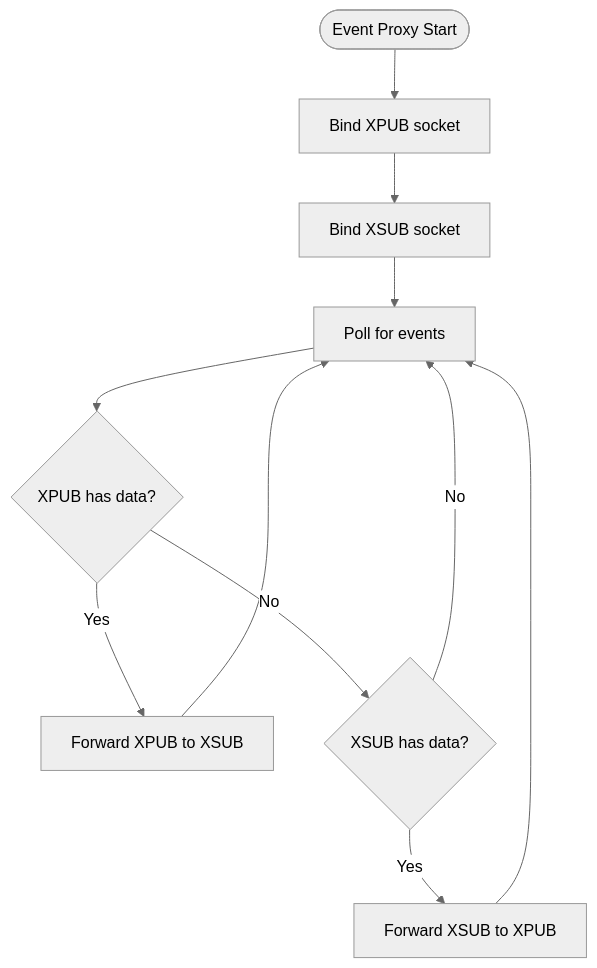
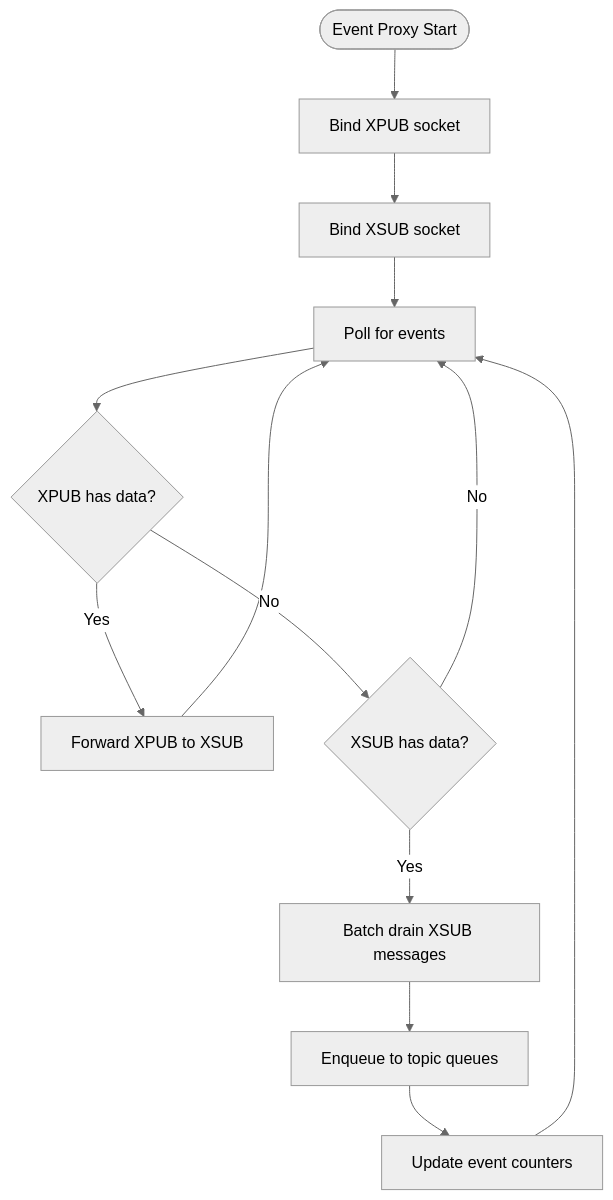
Before and after one commit to zt281/TycheEngine: the seventh of 12 diagrams in .qoder/repowiki/en/content/Core Components/TycheEngine - Central Broker.md, drawn with Mermaid (neutral theme). The commit also changed other lines of this file and 34 other files, not shown here.

````diff
--- a/.qoder/repowiki/en/content/Core Components/TycheEngine - Central Broker.md
+++ b/.qoder/repowiki/en/content/Core Components/TycheEngine - Central Broker.md
@@ -404,13 +455,15 @@
 ```mermaid
 flowchart TD
 Start([Event Proxy Start]) --> BindXPUB["Bind XPUB socket"]
 BindXPUB --> BindXSUB["Bind XSUB socket"]
 BindXSUB --> PollLoop["Poll for events"]
 PollLoop --> CheckXPUB{"XPUB has data?"}
 CheckXPUB --> |Yes| ForwardXPUB["Forward XPUB to XSUB"]
 CheckXPUB --> |No| CheckXSUB{"XSUB has data?"}
-CheckXSUB --> |Yes| ForwardXSUB["Forward XSUB to XPUB"]
+CheckXSUB --> |Yes| BatchDrain["Batch drain XSUB messages"]
 CheckXSUB --> |No| PollLoop
+BatchDrain --> EnqueueTopic["Enqueue to topic queues"]
+EnqueueTopic --> UpdateCounters["Update event counters"]
+UpdateCounters --> PollLoop
 ForwardXPUB --> PollLoop
-ForwardXSUB --> PollLoop
 ```
````
